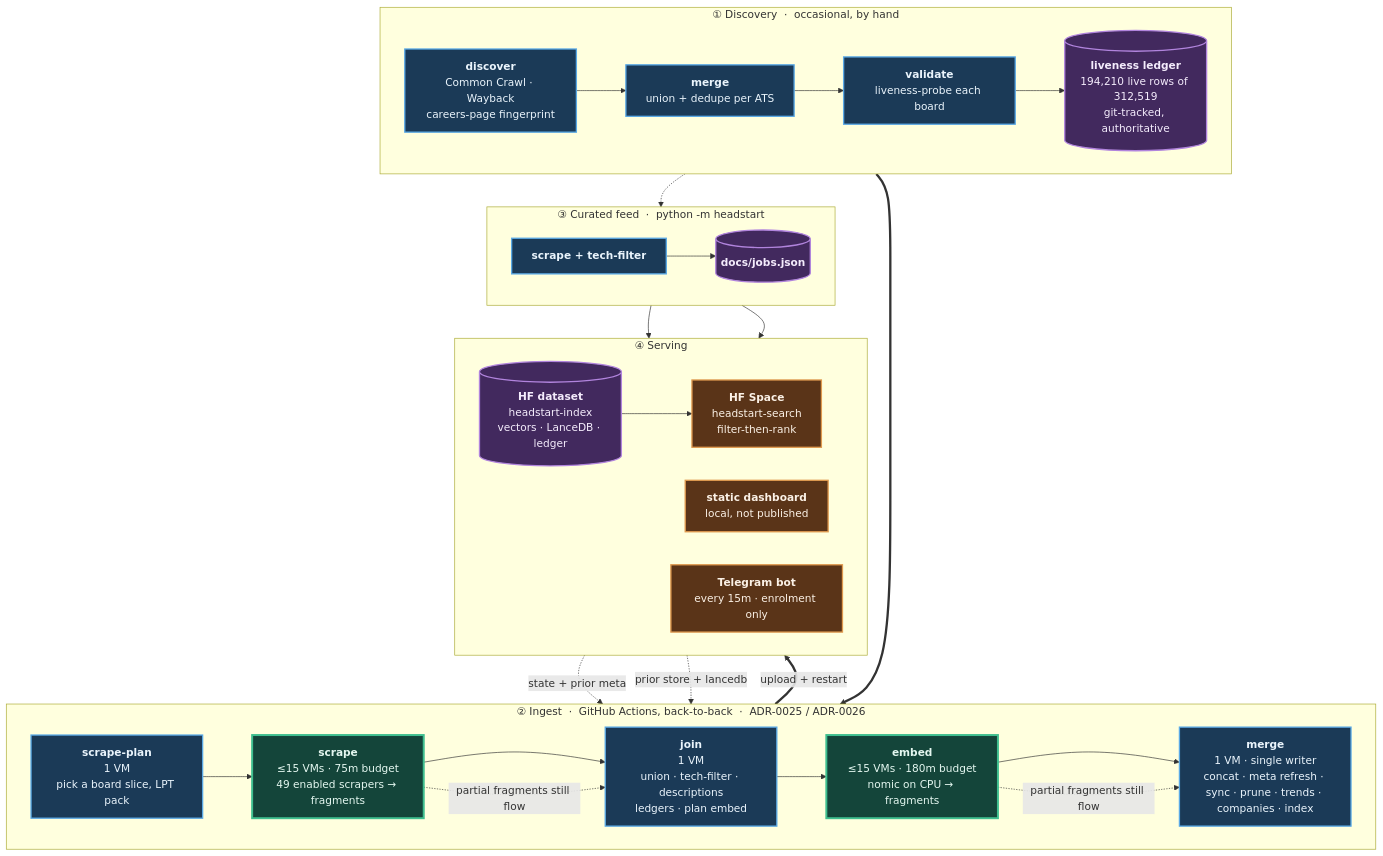
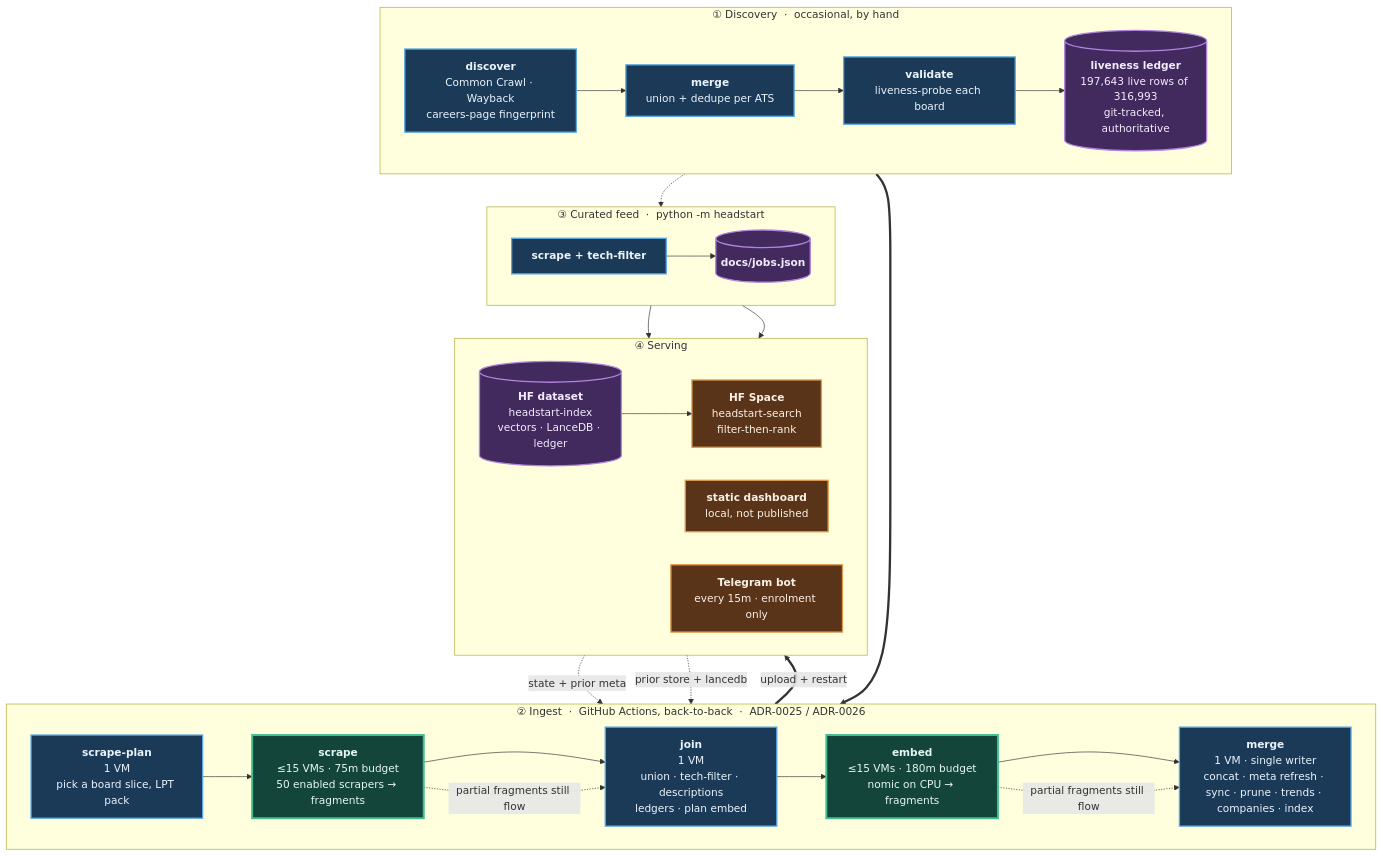
The diagram in README.md (sarthakjain004/headstart), drawn with Mermaid before and after one commit. The commit also changed other lines of this file and 18 other files, not shown here.

````diff
--- a/README.md
+++ b/README.md
@@ -184,56 +185,56 @@
 ```mermaid
 flowchart TB
     subgraph D["① Discovery &nbsp;·&nbsp; occasional, by hand"]
         direction LR
         D1["<b>discover</b><br/>Common Crawl · Wayback<br/>careers-page fingerprint"]
         D2["<b>merge</b><br/>union + dedupe per ATS"]
         D3["<b>validate</b><br/>liveness-probe each board"]
-        D4[("<b>liveness ledger</b><br/>194,210 live rows of 312,519<br/>git-tracked, authoritative")]
+        D4[("<b>liveness ledger</b><br/>197,643 live rows of 316,993<br/>git-tracked, authoritative")]
         D1 --> D2 --> D3 --> D4
     end
 
     subgraph P["② Ingest &nbsp;·&nbsp; GitHub Actions, back-to-back &nbsp;·&nbsp; ADR-0025 / ADR-0026"]
         direction LR
         P1["<b>scrape-plan</b><br/>1 VM<br/>pick a board slice, LPT pack"]
-        P2["<b>scrape</b><br/>≤15 VMs · 75m budget<br/>49 enabled scrapers → fragments"]
+        P2["<b>scrape</b><br/>≤15 VMs · 75m budget<br/>50 enabled scrapers → fragments"]
         P3["<b>join</b><br/>1 VM<br/>union · tech-filter · descriptions<br/>ledgers · plan embed"]
         P4["<b>embed</b><br/>≤15 VMs · 180m budget<br/>nomic on CPU → fragments"]
         P5["<b>merge</b><br/>1 VM · single writer<br/>concat · meta refresh · sync · prune · trends · companies · index"]
         P1 --> P2 --> P3 --> P4 --> P5
     end
 
     subgraph F["③ Curated feed &nbsp;·&nbsp; python -m headstart"]
         direction LR
         F1["<b>scrape + tech-filter</b>"]
         F2[("<b>docs/jobs.json</b>")]
         F1 --> F2
     end
 
     subgraph S["④ Serving"]
         direction LR
         S1[("<b>HF dataset</b><br/>headstart-index<br/>vectors · LanceDB · ledger")]
         S2["<b>HF Space</b><br/>headstart-search<br/>filter-then-rank"]
         S3["<b>static dashboard</b><br/>local, not published"]
         S4["<b>Telegram bot</b><br/>every 15m · enrolment only"]
         S1 --> S2
     end
 
     D4 ==> P1
     S1 -. "state + prior meta" .-> P1
     S1 -. "prior store + lancedb" .-> P5
     D4 -.-> F1
     P5 ==>|"upload + restart"| S1
     F2 --> S3
     F2 --> S4
     P2 -. "partial fragments still flow" .-> P3
     P4 -. "partial fragments still flow" .-> P5
 
     classDef serial fill:#1b3a57,stroke:#5aa9e6,stroke-width:2px,color:#eaf4fc
     classDef fan fill:#14453a,stroke:#3fbf8f,stroke-width:3px,color:#e4f7f0
     classDef store fill:#42295e,stroke:#b184dd,stroke-width:2px,color:#f4ecfc
     classDef serve fill:#5a3418,stroke:#e09a4f,stroke-width:2px,color:#fbf1e6
     class D1,D2,D3,P1,P3,P5,F1 serial
     class P2,P4 fan
     class D4,F2,S1 store
     class S2,S3,S4 serve
 ```
````
